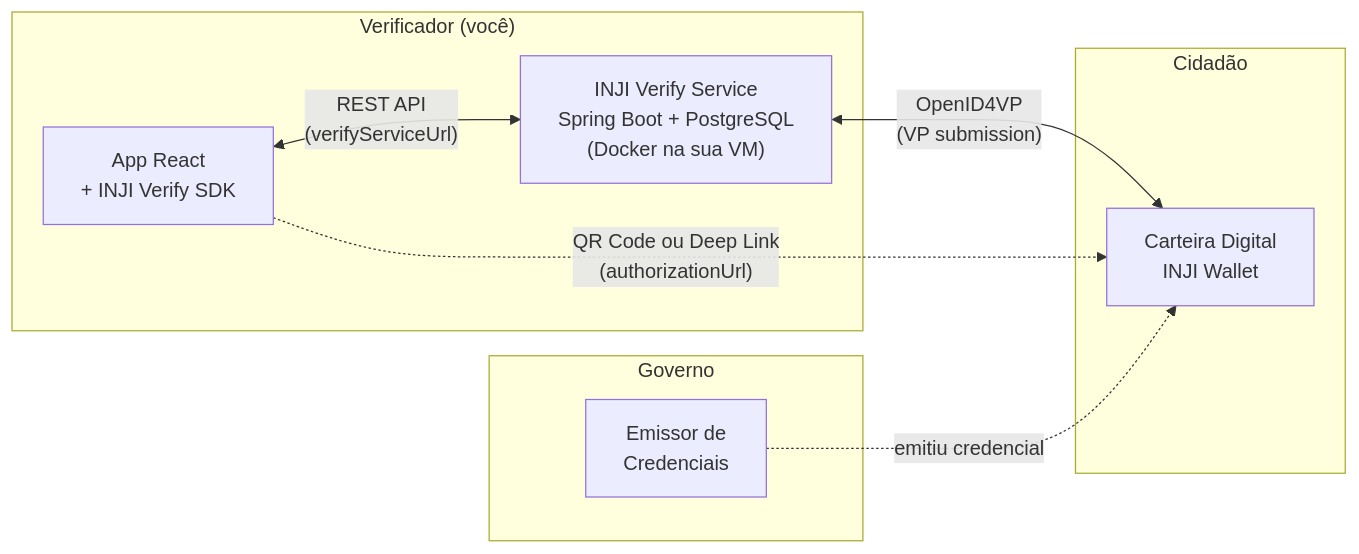
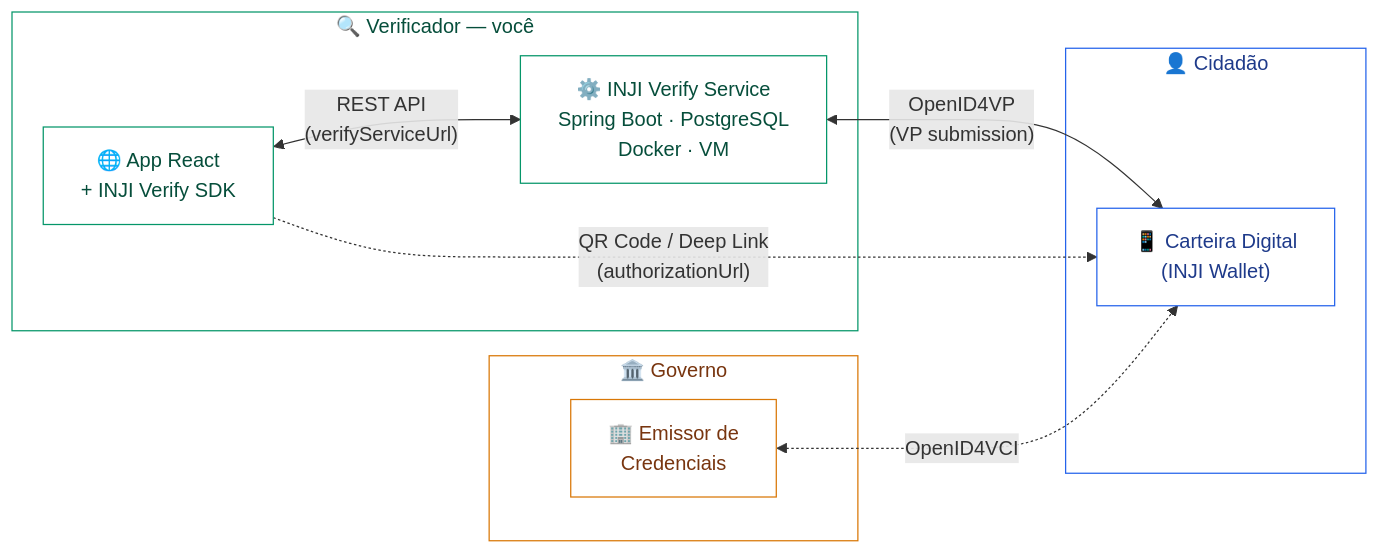
One commit to infraestrutura-digital/verificaidade_dev changed the diagram in arquitetura.qmd. Above: the diagram before and after it, drawn with Mermaid. The commit also changed 4 other files, not shown here.

Commit message:
fix: cores arquitetura mermaid

````diff
--- a/arquitetura.qmd
+++ b/arquitetura.qmd
@@ -11,20 +11,32 @@
 ```{mermaid}
 flowchart LR
-    subgraph Cidadão
-        A[Carteira Digital\nINJI Wallet]
+    subgraph cidadao["👤 Cidadão"]
+        A["📱 Carteira Digital<br>(INJI Wallet)"]
     end
 
-    subgraph "Verificador (você)"
-        B["App React\n+ INJI Verify SDK"]
-        C["INJI Verify Service\nSpring Boot + PostgreSQL\n(Docker na sua VM)"]
+    subgraph verificador["🔍 Verificador — você"]
+        B["🌐 App React<br>+ INJI Verify SDK"]
+        C["⚙️ INJI Verify Service<br>Spring Boot · PostgreSQL<br>Docker · VM"]
     end
 
-    subgraph Governo
-        E[Emissor de\nCredenciais]
+    subgraph governo["🏛️ Governo"]
+        E["🏢 Emissor de<br>Credenciais"]
     end
 
-    B <-->|"REST API\n(verifyServiceUrl)"| C
-    C <-->|"OpenID4VP\n(VP submission)"| A
-    B -.->|"QR Code ou Deep Link\n(authorizationUrl)"| A
-    E -.->|"emitiu credencial"| A
+    B <-->|"REST API<br>(verifyServiceUrl)"| C
+    C <-->|"OpenID4VP<br>(VP submission)"| A
+    B -.->|"QR Code / Deep Link<br>(authorizationUrl)"| A
+    E <-.->|"OpenID4VCI"| A
+
+    classDef estiloCidadao fill:#ffffff,stroke:#2563eb,color:#1e3a8a
+    classDef estiloVerificador fill:#ffffff,stroke:#059669,color:#064e3b
+    classDef estiloGoverno fill:#ffffff,stroke:#d97706,color:#78350f
+
+    class A estiloCidadao
+    class B,C estiloVerificador
+    class E estiloGoverno
+
+    style cidadao fill:#ffffff,stroke:#2563eb,color:#1e3a8a
+    style verificador fill:#ffffff,stroke:#059669,color:#064e3b
+    style governo fill:#ffffff,stroke:#d97706,color:#78350f
 ```
````
